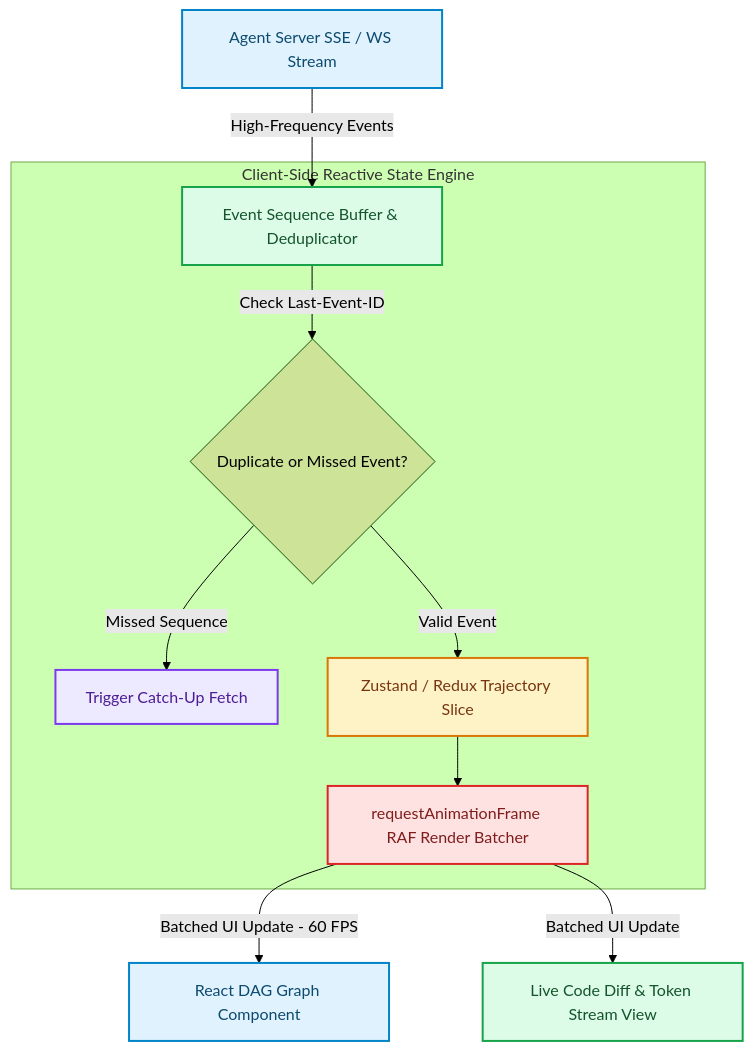
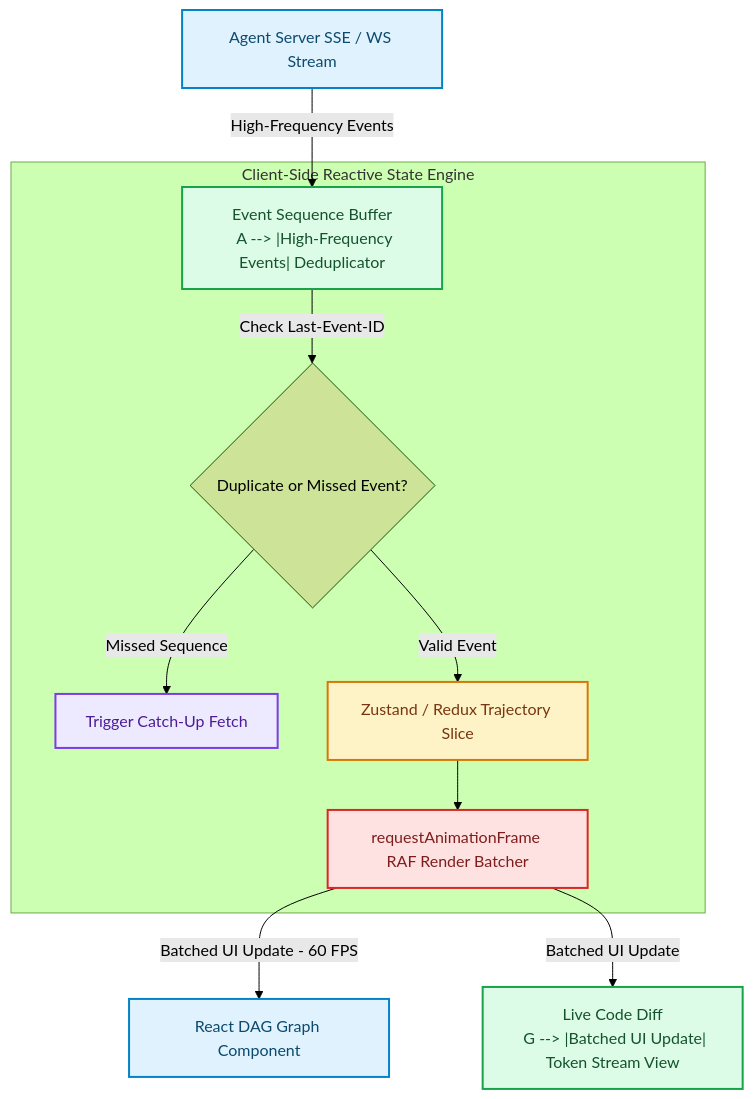
The diagram in blog/posts/subagent-trajectory-streaming-reactive-ui-state-management.md (akmalkhaniub/akmalkhaniub.github.io), drawn with Mermaid (forest theme) before and after one commit. The commit also changed other lines of this file and 894 other files, not shown here.

Commit message:
feat(blog): upgrade all 444 posts with unique staggered dates, 2-col Mermaid spines, benchmark tables, code blocks, and trade-offs

````diff
--- a/blog/posts/subagent-trajectory-streaming-reactive-ui-state-management.md
+++ b/blog/posts/subagent-trajectory-streaming-reactive-ui-state-management.md
@@ -17,25 +17,27 @@
 ```mermaid
 flowchart TD
-  A["Agent Server SSE / WS Stream"] -->|High-Frequency Events| B["Event Sequence Buffer & Deduplicator"]
+  A["Agent Server SSE / WS Stream"] --> |High-Frequency Events| B["Event Sequence Buffer
+  A --> |High-Frequency Events| Deduplicator"]
   
   subgraph SG1_ClientSideReactive ["Client-Side Reactive State Engine"]
     B -->|Check Last-Event-ID| C{Duplicate or Missed Event?}
     C -->|Missed Sequence| D["Trigger Catch-Up Fetch"]
     C -->|Valid Event| E["Zustand / Redux Trajectory Slice"]
     E --> F["requestAnimationFrame RAF Render Batcher"]
   end
   
   F -->|Batched UI Update - 60 FPS| G["React DAG Graph Component"]
-  F -->|Batched UI Update| H["Live Code Diff & Token Stream View"]
+  F --> |Batched UI Update| H["Live Code Diff
+  G --> |Batched UI Update| Token Stream View"]
 
 classDef green fill:#dcfce7,stroke:#16a34a,stroke-width:2px,color:#14532d;
 classDef red fill:#fee2e2,stroke:#dc2626,stroke-width:2px,color:#7f1d1d;
 classDef blue fill:#e0f2fe,stroke:#0284c7,stroke-width:2px,color:#0c4a6e;
 classDef yellow fill:#fef3c7,stroke:#d97706,stroke-width:2px,color:#78350f;
 classDef purple fill:#ede9fe,stroke:#7c3aed,stroke-width:2px,color:#4c1d95;
 class A,G blue
 class B,H green
 class D purple
 class E yellow
 class F red
 ```
````
